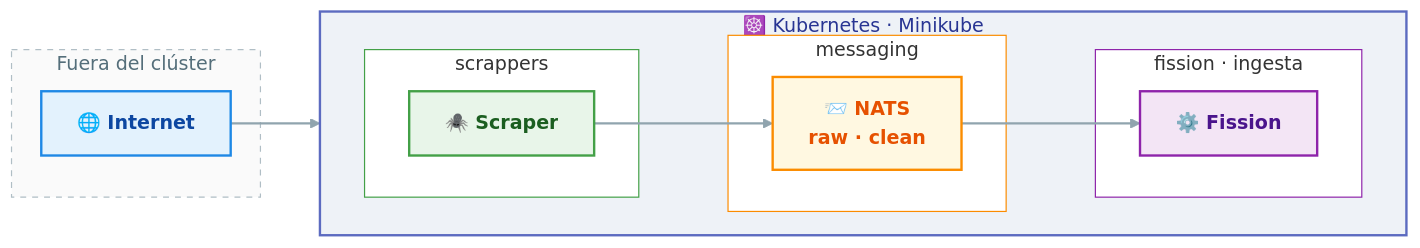
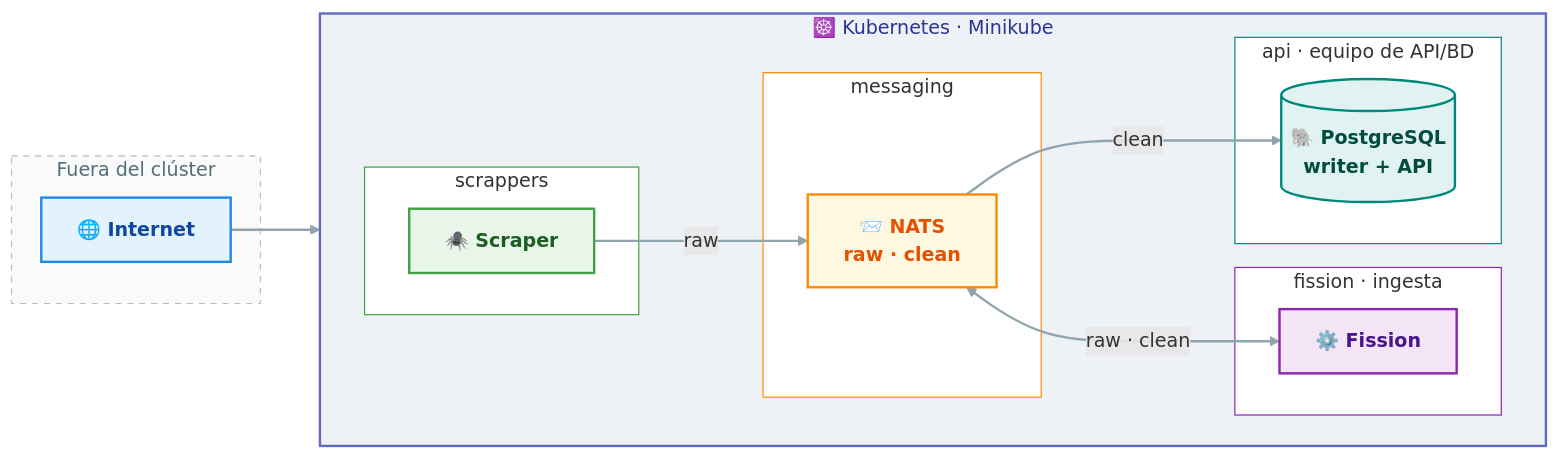
One commit to TheMinimalOwl/PTI-Q26-27-TARDOR changed the diagram in flujo-entrada/docs/README.md. Above: the diagram before and after it, drawn with Mermaid. The commit also changed other lines of this file and 10 other files, not shown here.

````diff
--- a/flujo-entrada/docs/README.md
+++ b/flujo-entrada/docs/README.md
@@ -23,40 +27,47 @@
 ```mermaid
 flowchart LR
     subgraph EXT["Fuera del clúster"]
         A["🌐 Internet"]
     end
 
     subgraph K8S["☸️ Kubernetes · Minikube"]
         direction LR
         subgraph N1["scrappers"]
             B["🕷️ Scraper"]
         end
         subgraph N2["messaging"]
             C["📨 NATS<br/>raw · clean"]
         end
         subgraph N3["fission · ingesta"]
             D["⚙️ Fission"]
         end
-        B --> C
-        C --> D
+        subgraph N4["api · equipo de API/BD"]
+            E[("🐘 PostgreSQL<br/>writer + API")]
+        end
+        B -->|raw| C
+        C <-->|"raw · clean"| D
+        C -->|clean| E
     end
 
     A --> B
 
     classDef cInternet fill:#e3f2fd,stroke:#1e88e5,stroke-width:2px,color:#0d47a1,font-weight:bold
     classDef cScraper fill:#e8f5e9,stroke:#43a047,stroke-width:2px,color:#1b5e20,font-weight:bold
     classDef cNats fill:#fff8e1,stroke:#fb8c00,stroke-width:2px,color:#e65100,font-weight:bold
     classDef cFission fill:#f3e5f5,stroke:#8e24aa,stroke-width:2px,color:#4a148c,font-weight:bold
+    classDef cApi fill:#e0f2f1,stroke:#00897b,stroke-width:2px,color:#004d40,font-weight:bold
 
     class A cInternet
     class B cScraper
     class C cNats
     class D cFission
+    class E cApi
 
     style EXT fill:#fafafa,stroke:#b0bec5,stroke-dasharray:5 5,color:#546e7a
     style K8S fill:#eef2f7,stroke:#5c6bc0,stroke-width:2px,color:#283593
     style N1 fill:#ffffff,stroke:#43a047
     style N2 fill:#ffffff,stroke:#fb8c00
     style N3 fill:#ffffff,stroke:#8e24aa
+    style N4 fill:#ffffff,stroke:#00897b
     linkStyle default stroke:#90a4ae,stroke-width:2px
 ```
````
